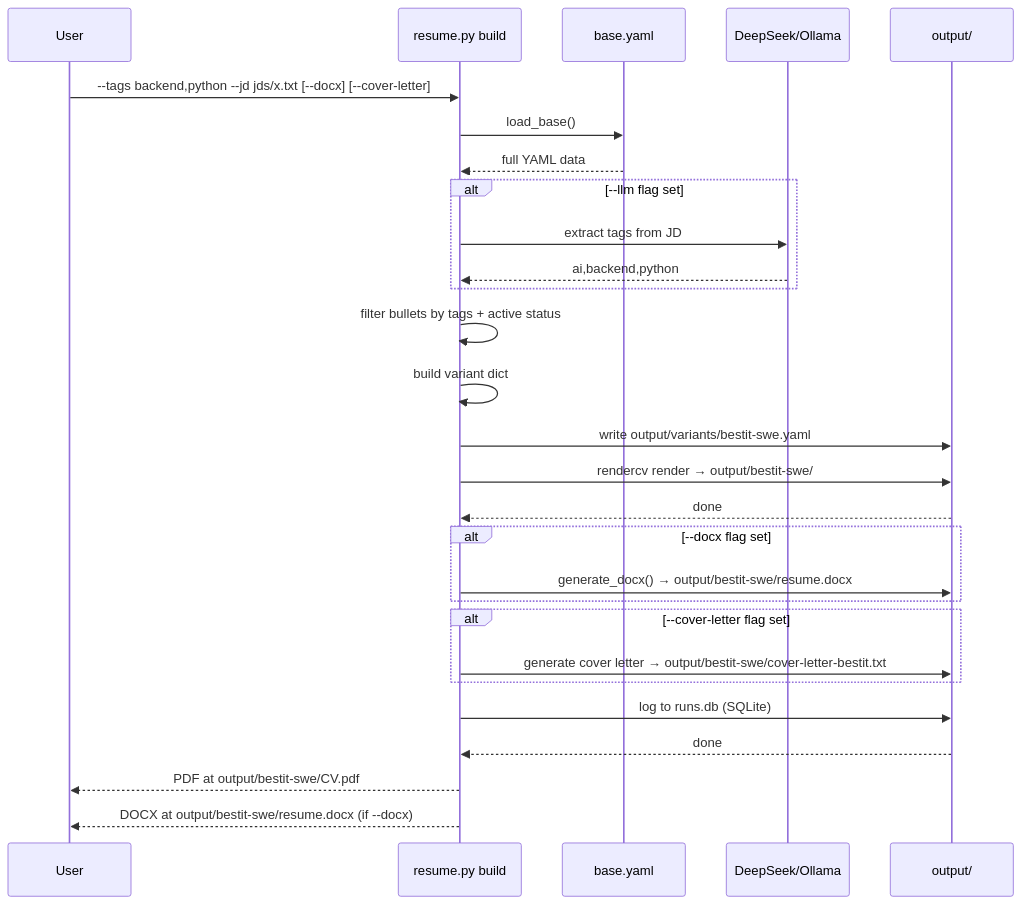
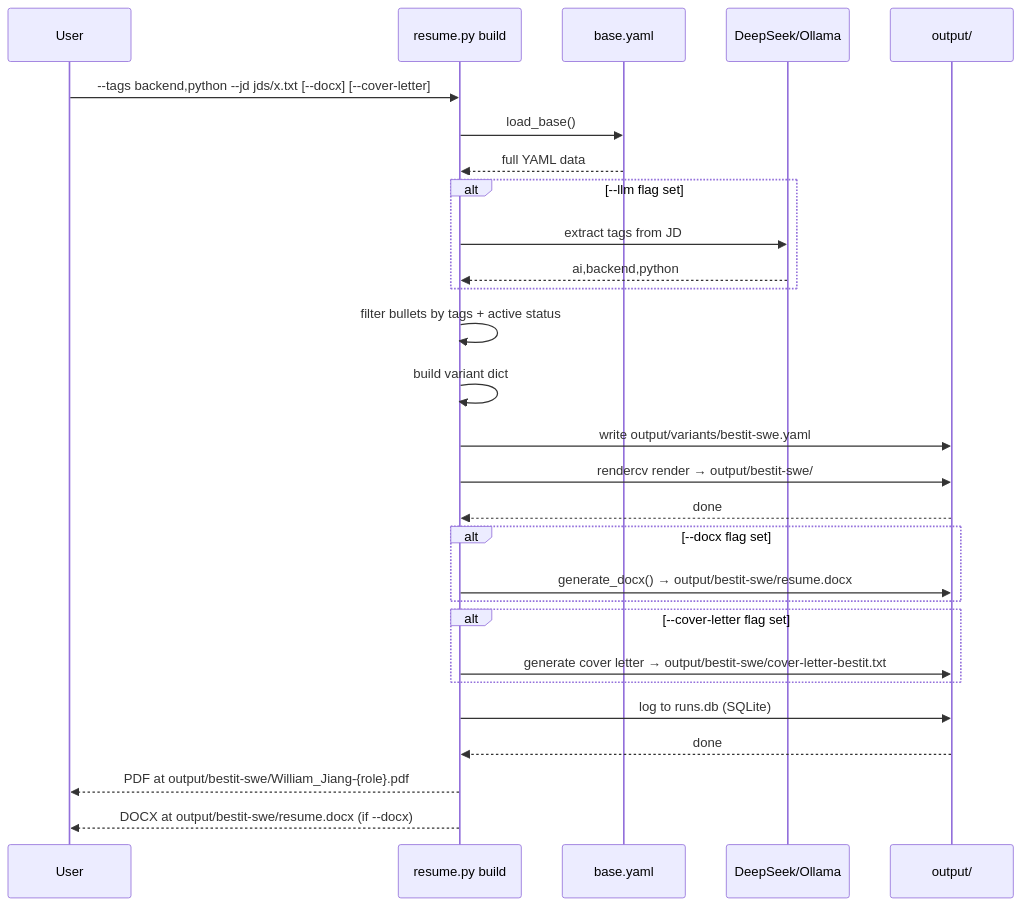
One commit to jxjwilliam/resume-generator changed the sixth of 10 diagrams in docs/overview.md. Above: the diagram before and after it, drawn with Mermaid. The commit also changed other lines of this file and 35 other files, not shown here.

Commit message:
Implement resume system (3-layer + quality pipeline); sync docs; fix zh-CN PDF render,   cover-letter fallback, and output slug

````diff
--- a/docs/overview.md
+++ b/docs/overview.md
@@ -253,38 +253,38 @@
 ```mermaid
 sequenceDiagram
     participant User
     participant CLI as resume.py build
     participant Base as base.yaml
     participant LLM as DeepSeek/Ollama
     participant FS as output/
 
     User->>CLI: --tags backend,python --jd jds/x.txt [--docx] [--cover-letter]
     CLI->>Base: load_base()
     Base-->>CLI: full YAML data
 
     alt --llm flag set
         CLI->>LLM: extract tags from JD
         LLM-->>CLI: ai,backend,python
     end
 
     CLI->>CLI: filter bullets by tags + active status
     CLI->>CLI: build variant dict
     CLI->>FS: write output/variants/bestit-swe.yaml
 
     CLI->>FS: rendercv render → output/bestit-swe/
     FS-->>CLI: done
 
     alt --docx flag set
         CLI->>FS: generate_docx() → output/bestit-swe/resume.docx
     end
 
     alt --cover-letter flag set
         CLI->>FS: generate cover letter → output/bestit-swe/cover-letter-bestit.txt
     end
 
     CLI->>FS: log to runs.db (SQLite)
     FS-->>CLI: done
 
-    CLI-->>User: PDF at output/bestit-swe/CV.pdf
+    CLI-->>User: PDF at output/bestit-swe/William_Jiang-{role}.pdf
     CLI-->>User: DOCX at output/bestit-swe/resume.docx (if --docx)
 ```
````
